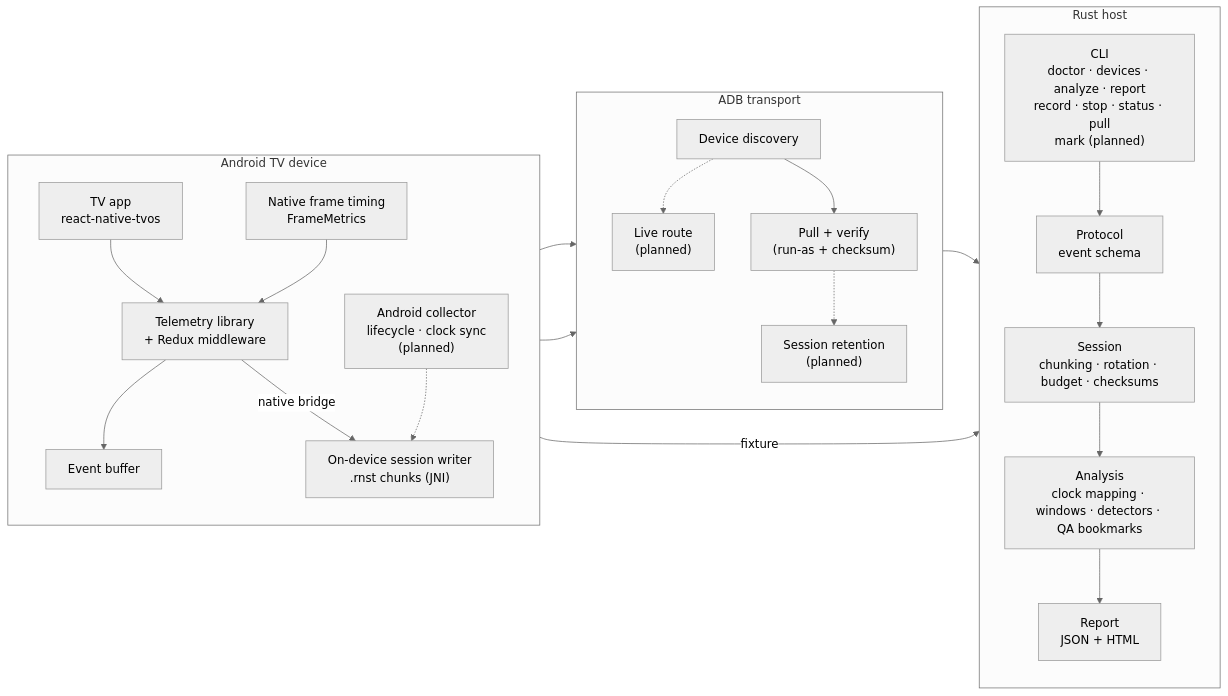
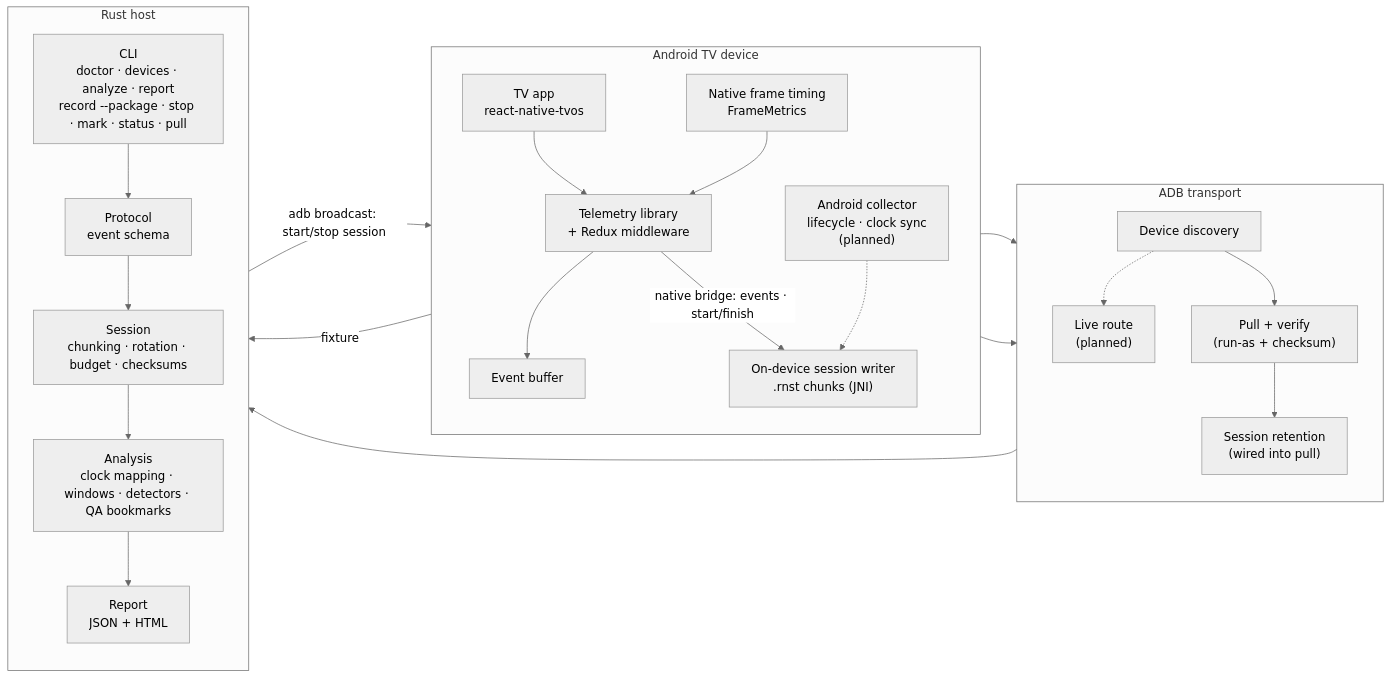
The diagram in .github/architecture.mmd (undrafted/rn-android-tv-session-telemetry), drawn with Mermaid before and after one commit. The commit also changed 7 other files, not shown here.

Commit message:
Make record/stop/mark bidirectional between the CLI and the TV app, fix two stale architecture.mmd edges

```diff
--- a/.github/architecture.mmd
+++ b/.github/architecture.mmd
@@ -1,42 +1,43 @@
 %%{init: {"theme": "neutral"}}%%
 flowchart LR
     subgraph Device["Android TV device"]
         direction TB
         App["TV app<br/>react-native-tvos"]
         Lib["Telemetry library<br/>+ Redux middleware"]
         Buffer["Event buffer"]
         FrameTiming["Native frame timing<br/>FrameMetrics"]
         Collector["Android collector<br/>lifecycle · clock sync<br/>(planned)"]
         Writer["On-device session writer<br/>.rnst chunks (JNI)"]
         App --> Lib
         FrameTiming --> Lib
         Lib --> Buffer
-        Lib -->|native bridge| Writer
+        Lib -->|native bridge: events · start/finish| Writer
         Collector -.-> Writer
     end
 
     subgraph Transport["ADB transport"]
         direction TB
         Discover["Device discovery"]
         LiveRoute["Live route<br/>(planned)"]
         Pull["Pull + verify<br/>(run-as + checksum)"]
-        Retain["Session retention<br/>(planned)"]
+        Retain["Session retention<br/>(wired into pull)"]
         Discover -.-> LiveRoute
         Discover --> Pull
-        Pull -.-> Retain
+        Pull --> Retain
     end
 
     subgraph Host["Rust host"]
         direction TB
-        CLI["CLI<br/>doctor · devices · analyze · report<br/>record · stop · status · pull<br/>mark (planned)"]
+        CLI["CLI<br/>doctor · devices · analyze · report<br/>record --package · stop · mark · status · pull"]
         Protocol["Protocol<br/>event schema"]
         SessionCrate["Session<br/>chunking · rotation · budget · checksums"]
         Analysis["Analysis<br/>clock mapping · windows · detectors · QA bookmarks"]
         Report["Report<br/>JSON + HTML"]
         CLI --> Protocol --> SessionCrate --> Analysis --> Report
     end
 
     App --> Discover
     Writer --> Pull
     Pull --> CLI
     Buffer -->|fixture| CLI
+    CLI -->|adb broadcast: start/stop session| Writer
```
